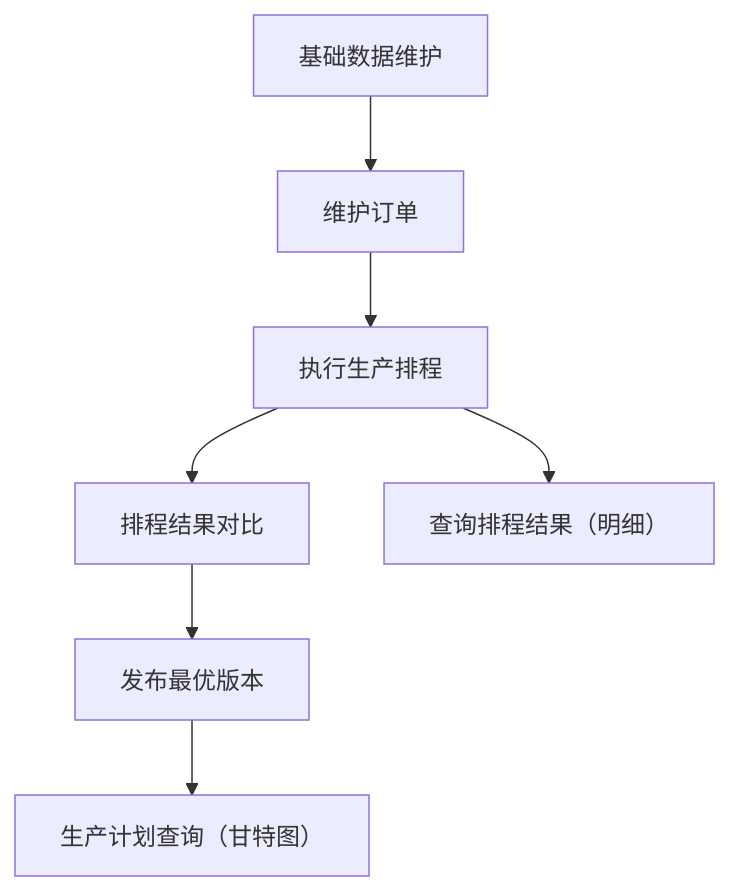
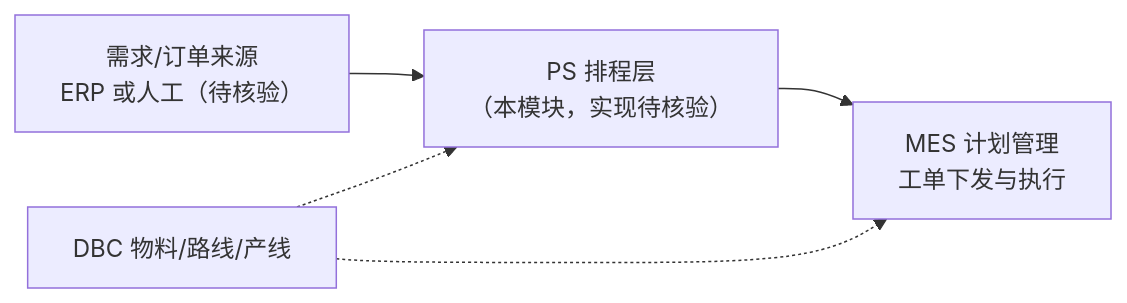
One commit to jiargcn/MomProductDocument changed the diagram in docs/11-PS-排程管理/index.md. Above: the diagram before and after it, drawn with Mermaid. The commit also changed other lines of this file and 12 other files, not shown here.

````diff
--- a/docs/11-PS-排程管理/index.md
+++ b/docs/11-PS-排程管理/index.md
@@ -28,9 +51,7 @@
 ```mermaid
-flowchart TD
-    A["基础数据维护"] --> B["维护订单"]
-    B --> C["执行生产排程"]
-    C --> D["排程结果对比"]
-    D --> E["发布最优版本"]
-    E --> F["生产计划查询（甘特图）"]
-    C --> G["查询排程结果（明细）"]
+flowchart LR
+    A["需求/订单来源<br/>ERP 或人工（待核验）"] --> B["PS 排程层<br/>（本模块，实现待核验）"]
+    B --> C["MES 计划管理<br/>工单下发与执行"]
+    D["DBC 物料/路线/产线"] -.-> B
+    D -.-> C
 ```
````
